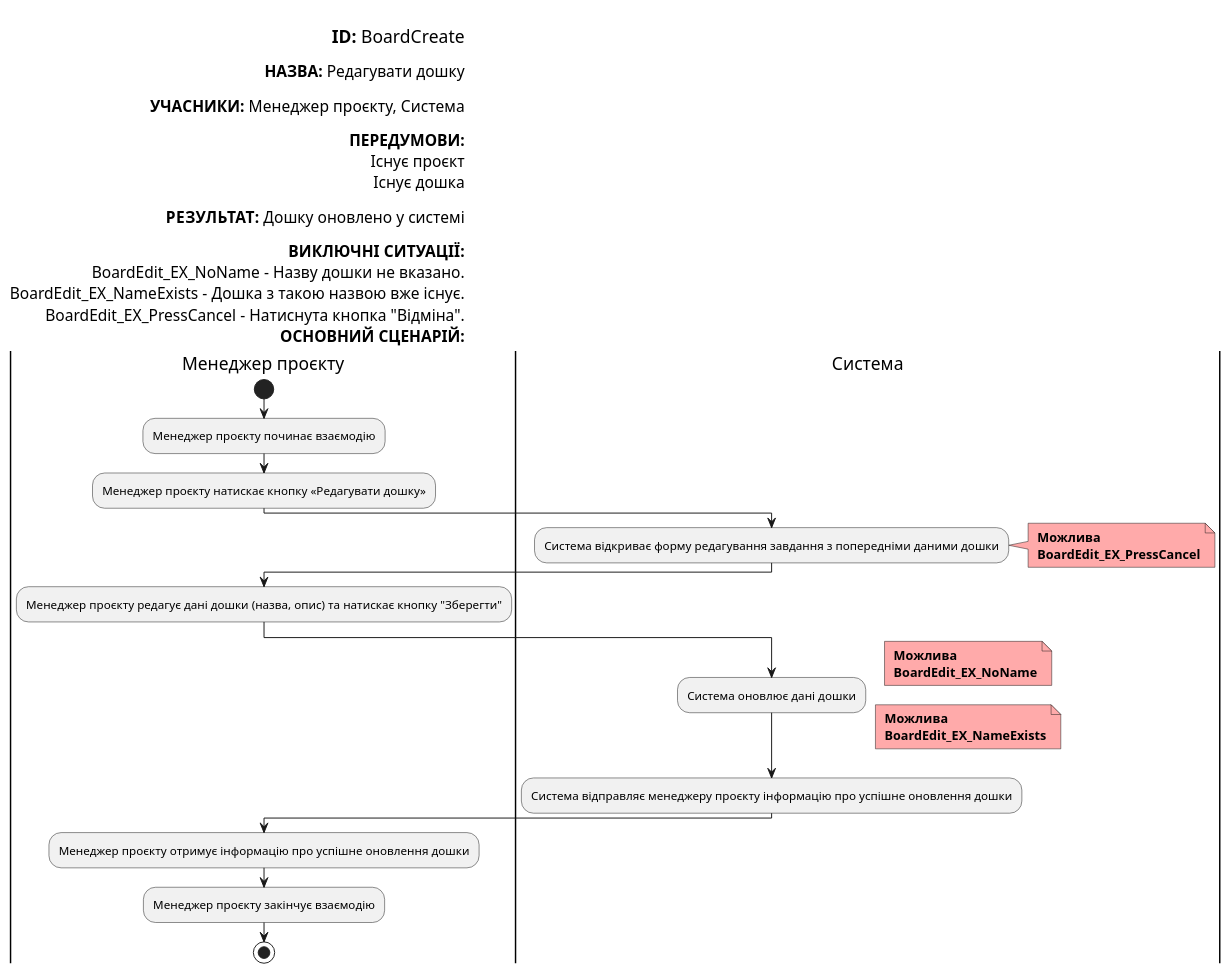
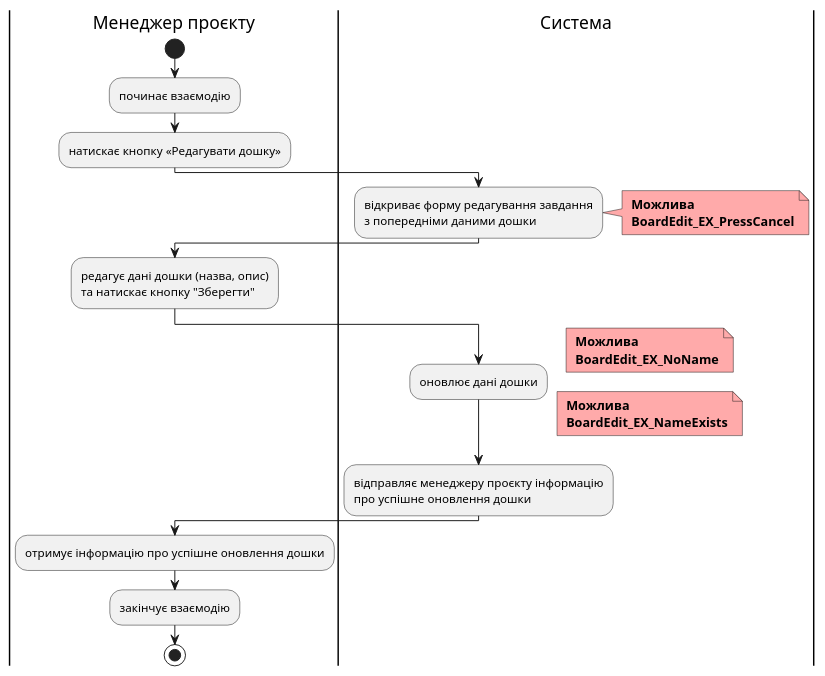
Before and after one commit to yaryna-bashchak/db_course_work: diagram 14 of 24 in docs/use cases/README.md, drawn with PlantUML. The commit also changed other lines of this file, not shown here.

Commit message:
updated diagrams for user cases

```diff
--- a/docs/use cases/README.md
+++ b/docs/use cases/README.md
@@ -666,60 +657,42 @@
 @startuml
-
-    left header
-
-        <font color=000 size=18><b>ID:</b> BoardCreate
-
-        <font color=000 size=16><b>НАЗВА:</b> Редагувати дошку
-
-        <font color=000 size=16><b>УЧАСНИКИ:</b> Менеджер проєкту, Система
-
-        <font color=000 size=16><b>ПЕРЕДУМОВИ:</b>
-        <font color=000 size=16> Існує проєкт
-        <font color=000 size=16> Існує дошка
-
-        <font color=000 size=16><b>РЕЗУЛЬТАТ:</b> Дошку оновлено у системі
-
-        <font color=000 size=16><b>ВИКЛЮЧНІ СИТУАЦІЇ:</b>
-        <font color=000 size=16> BoardEdit_EX_NoName – Назву дошки не вказано.
-        <font color=000 size=16> BoardEdit_EX_NameExists – Дошка з такою назвою вже існує.
-        <font color=000 size=16> BoardEdit_EX_PressCancel – Натиснута кнопка "Відміна".
-        <font color=000 size=16><b>ОСНОВНИЙ СЦЕНАРІЙ:</b>
-    end header
 
     |Менеджер проєкту|
         start
-        :Менеджер проєкту починає взаємодію;
+        :починає взаємодію;
 
-        :Менеджер проєкту натискає кнопку «Редагувати дошку»;
+        :натискає кнопку «Редагувати дошку»;
 
     |Система|
-        :Система відкриває форму редагування завдання з попередніми даними дошки;
+        :відкриває форму редагування завдання 
+        з попередніми даними дошки;
         note right #ffaaaa
         <b> Можлива
         <b> BoardEdit_EX_PressCancel
         end note
 
     |Менеджер проєкту|
-        :Менеджер проєкту редагує дані дошки (назва, опис) та натискає кнопку "Зберегти";
+        :редагує дані дошки (назва, опис) 
+        та натискає кнопку "Зберегти";
 
     |Система|
-        :Система оновлює дані дошки;
+        :оновлює дані дошки;
         note right #ffaaaa
         <b> Можлива
         <b> BoardEdit_EX_NoName
         end note
         note right #ffaaaa
         <b> Можлива
         <b> BoardEdit_EX_NameExists
         end note
 
-        :Система відправляє менеджеру проєкту інформацію про успішне оновлення дошки;
+        :відправляє менеджеру проєкту інформацію 
+        про успішне оновлення дошки;
 
     |Менеджер проєкту|
-        :Менеджер проєкту отримує інформацію про успішне оновлення дошки;
+        :отримує інформацію про успішне оновлення дошки;
         
-        :Менеджер проєкту закінчує взаємодію;
+        :закінчує взаємодію;
 
         stop;
 
 @enduml
```
